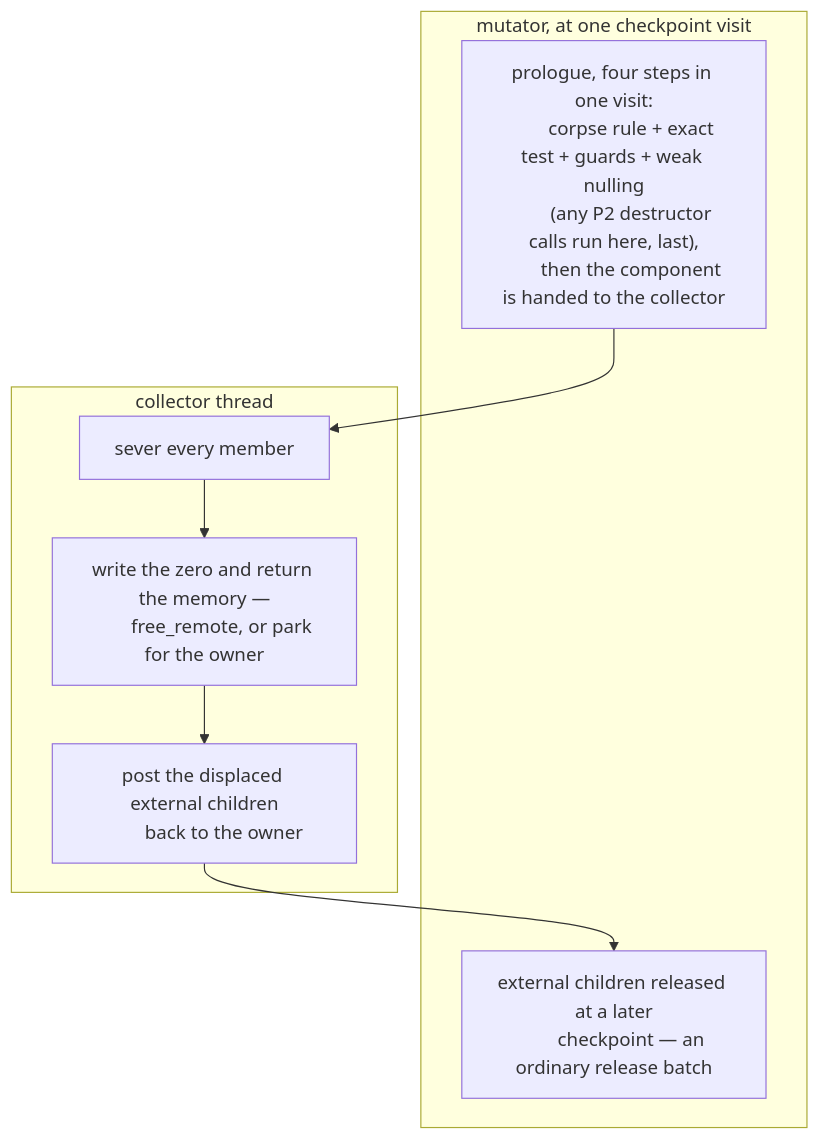
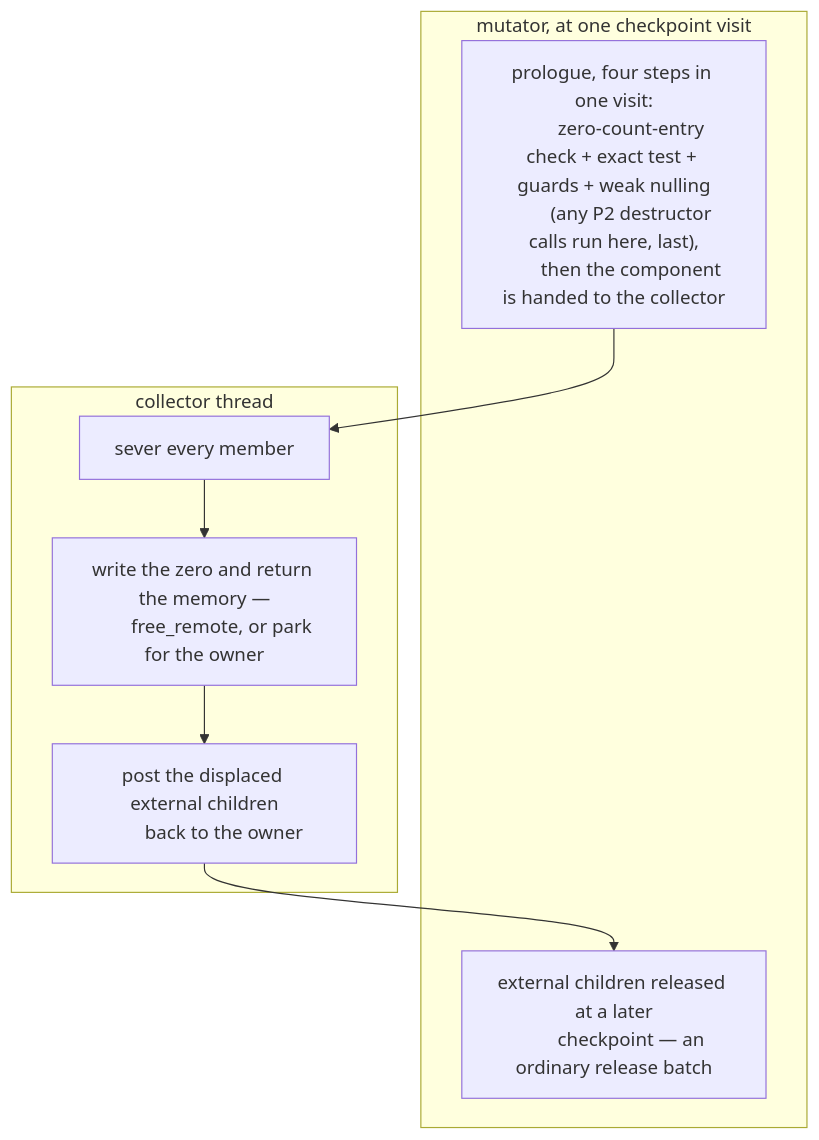
The diagram in model/gc/pure-destructors.md (limelight-lang/rfc), drawn with Mermaid before and after one commit. The commit also changed other lines of this file and 31 other files, not shown here.

````diff
--- a/model/gc/pure-destructors.md
+++ b/model/gc/pure-destructors.md
@@ -242,19 +240,19 @@
 ```mermaid
 flowchart TD
     subgraph M ["mutator, at one checkpoint visit"]
         A["prologue, four steps in one visit:
-        corpse rule + exact test + guards + weak nulling
+        zero-count-entry check + exact test + guards + weak nulling
         (any P2 destructor calls run here, last),
         then the component is handed to the collector"]
         E["external children released at a later
         checkpoint — an ordinary release batch"]
     end
     subgraph C ["collector thread"]
         S[sever every member]
         D["write the zero and return the memory —
         free_remote, or park for the owner"]
         X["post the displaced external children
         back to the owner"]
     end
     A --> S --> D --> X --> E
 ```
````
